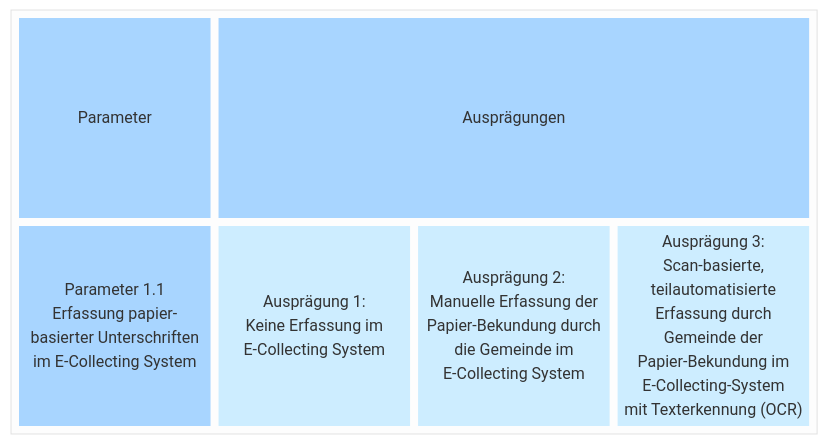
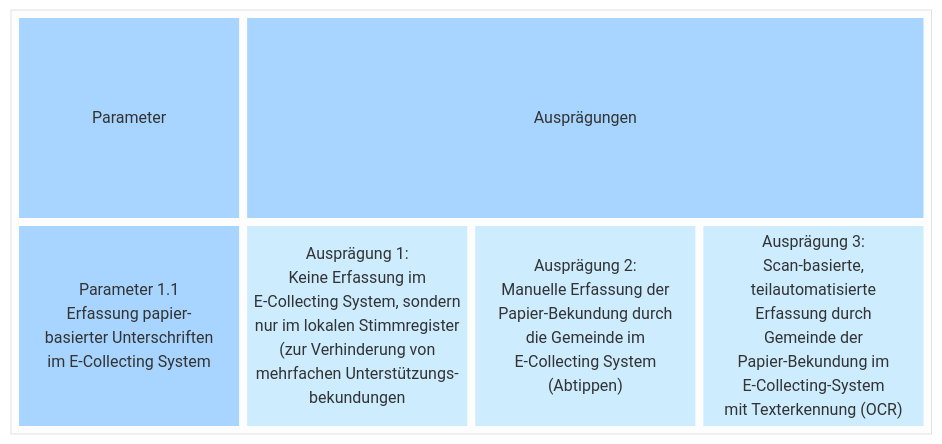
One commit to swiss/e-collecting changed the second of 2 diagrams in docs/morphological-box/parameter-1-1.md. Above: the diagram before and after it, drawn with Mermaid (neutral theme). The commit also changed other lines of this file, not shown here.

````diff
--- a/docs/morphological-box/parameter-1-1.md
+++ b/docs/morphological-box/parameter-1-1.md
@@ -61,34 +68,39 @@
 ```mermaid
 block
   block
     columns 4
     t1["Parameter"]
     t2["Ausprägungen"]:3
     d["Parameter 1.1
       Erfassung papier-
       basierter Unterschriften
       im E-Collecting System"]
     a1["Ausprägung 1:
       Keine Erfassung im
-      E-Collecting System"]
+      E-Collecting System, sondern
+      nur im lokalen Stimmregister
+      (zur Verhinderung von
+      mehrfachen Unterstützungs-
+      bekundungen"]
     a2["Ausprägung 2:
       Manuelle Erfassung der
       Papier-Bekundung durch
       die Gemeinde im 
-      E-Collecting System"]
+      E-Collecting System
+      (Abtippen)"]
     a3["Ausprägung 3:
       Scan-basierte,
       teilautomatisierte
       Erfassung durch
       Gemeinde der
       Papier-Bekundung im
       E-Collecting-System
       mit Texterkennung (OCR)"]
     style t1 fill:#a8d5ff,stroke-width:0px
     style t2 fill:#a8d5ff,stroke-width:0px
     style d fill:#a8d5ff,stroke-width:0px,text-valign:top
     style a1 fill:#cdedff,stroke-width:0px
     style a2 fill:#cdedff,stroke-width:0px
     style a3 fill:#cdedff,stroke-width:0px
   end
 ```
````
